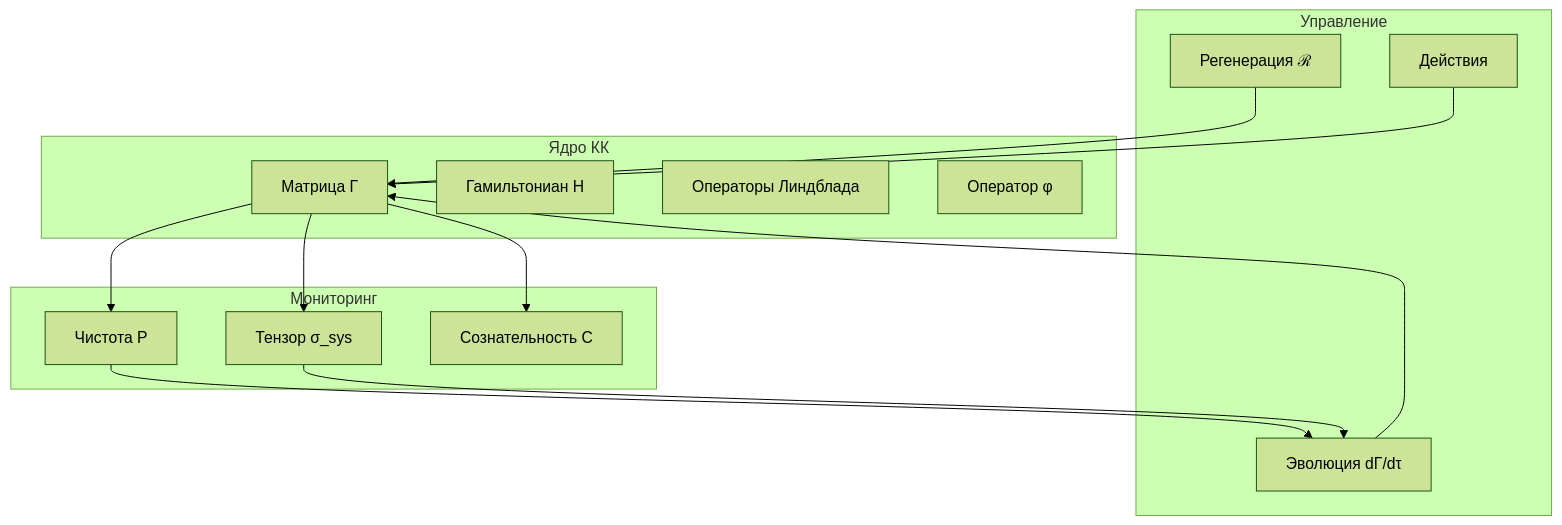
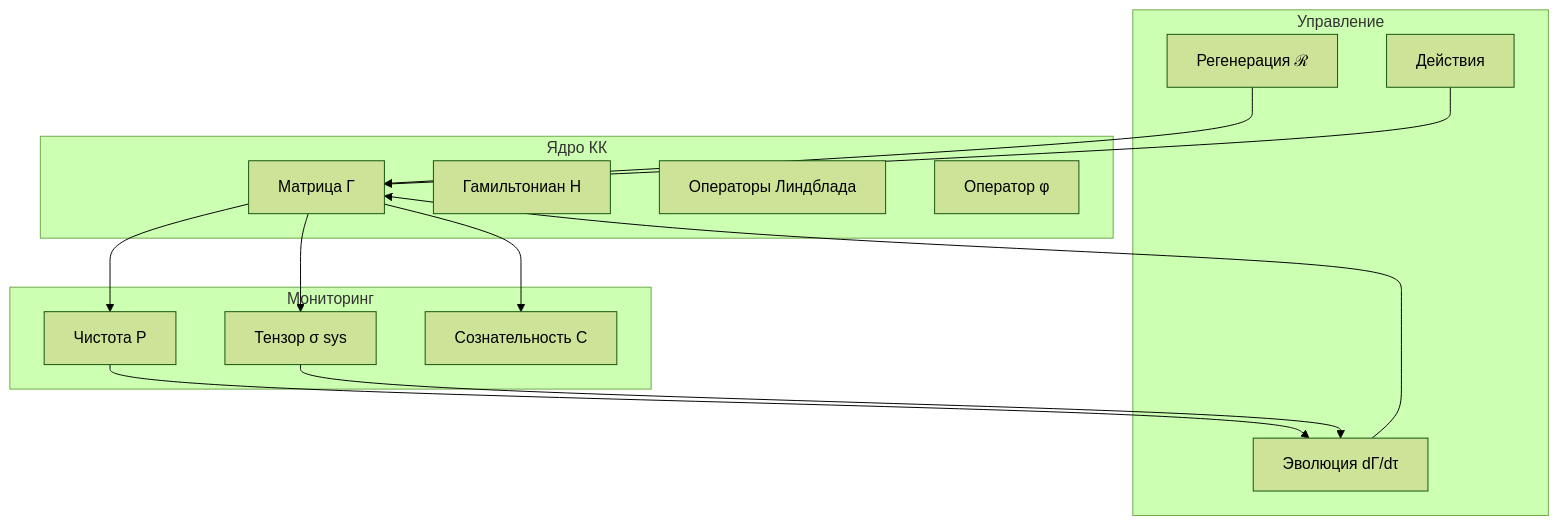
One commit to uhm-theory/holon changed the diagram in website/docs/applied/coherence-cybernetics/implementation.md. Above: the diagram before and after it, drawn with Mermaid (forest theme). The commit also changed other lines of this file and 17 other files, not shown here.

````diff
--- a/website/docs/applied/coherence-cybernetics/implementation.md
+++ b/website/docs/applied/coherence-cybernetics/implementation.md
@@ -27,27 +192,27 @@
 ```mermaid
 graph TD
     subgraph "Ядро КК"
-        G[Матрица Γ]
-        H[Гамильтониан H]
-        L[Операторы Линдблада]
-        PHI[Оператор φ]
+        G["Матрица Γ"]
+        H["Гамильтониан H"]
+        L["Операторы Линдблада"]
+        PHI["Оператор φ"]
     end
     subgraph "Мониторинг"
-        P[Чистота P]
-        SIG[Тензор σ_sys]
-        C[Сознательность C]
+        P["Чистота P"]
+        SIG["Тензор σ sys"]
+        C["Сознательность C"]
     end
     subgraph "Управление"
-        EVOL[Эволюция dΓ/dτ]
-        REG[Регенерация ℛ]
-        ACT[Действия]
+        EVOL["Эволюция dΓ/dτ"]
+        REG["Регенерация ℛ"]
+        ACT["Действия"]
     end
     G --> P
     G --> SIG
     G --> C
     P --> EVOL
     SIG --> EVOL
     EVOL --> G
     REG --> G
     ACT --> G
 ```
````
